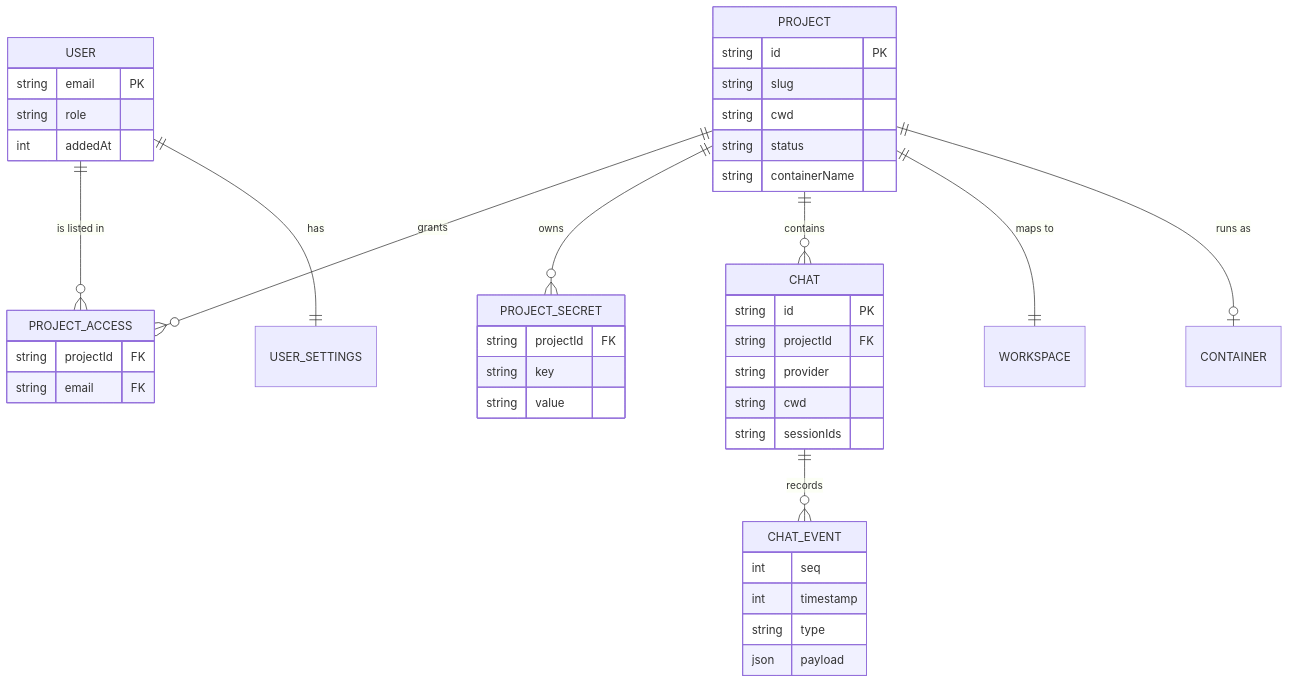
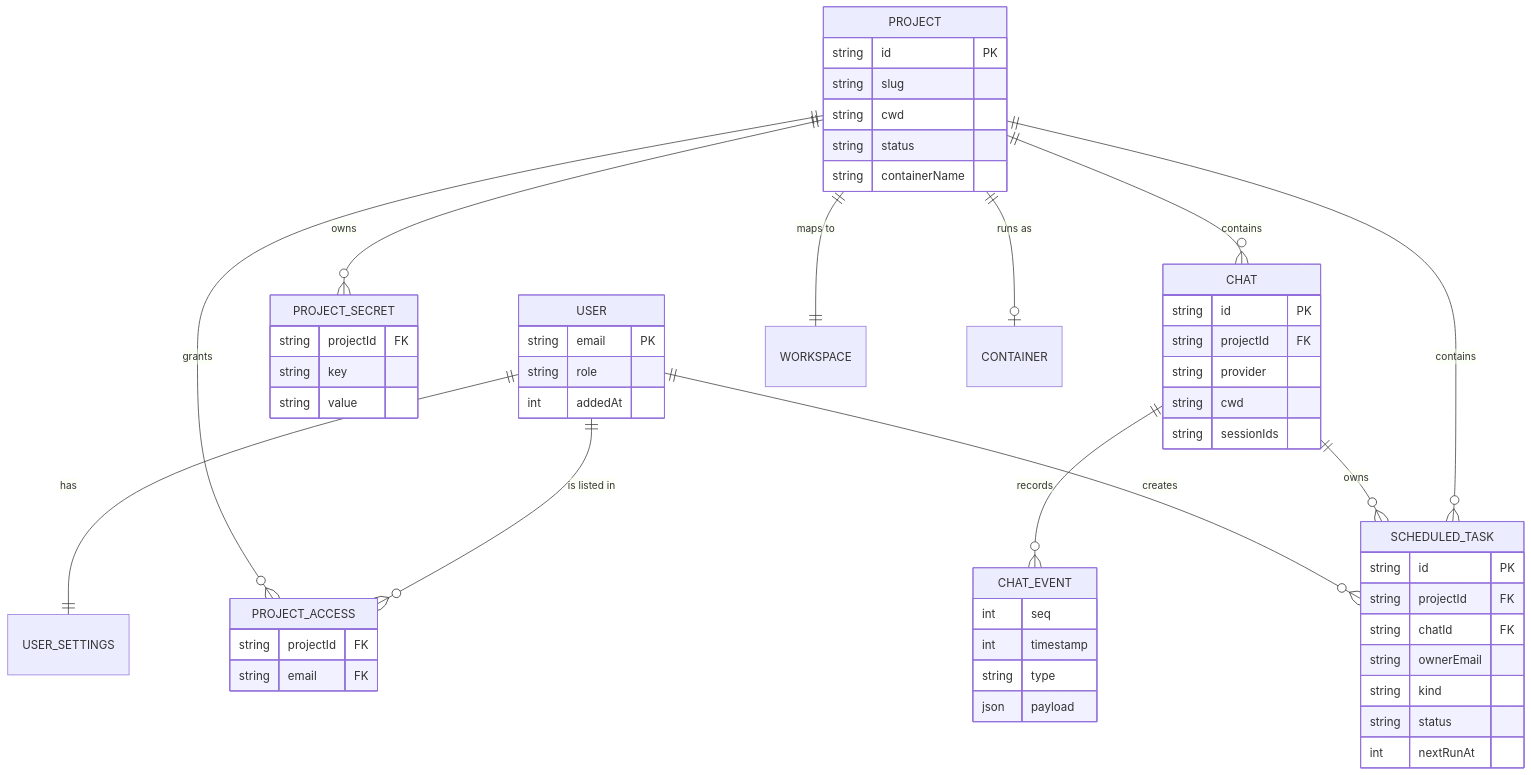
The first of 4 diagrams in docs/03-platform/07-data-and-frontend-state.md (AbdallahMohamedDotnet/remote.futrx), drawn with Mermaid before and after one commit. The commit also changed other lines of this file and 25 other files, not shown here.

````diff
--- a/docs/03-platform/07-data-and-frontend-state.md
+++ b/docs/03-platform/07-data-and-frontend-state.md
@@ -38,46 +42,58 @@
 ```mermaid
 erDiagram
     USER ||--o{ PROJECT_ACCESS : "is listed in"
     PROJECT ||--o{ PROJECT_ACCESS : "grants"
     PROJECT ||--o{ PROJECT_SECRET : "owns"
     PROJECT ||--o{ CHAT : "contains"
     PROJECT ||--|| WORKSPACE : "maps to"
     PROJECT ||--o| CONTAINER : "runs as"
+    PROJECT ||--o{ SCHEDULED_TASK : "contains"
     CHAT ||--o{ CHAT_EVENT : "records"
+    CHAT ||--o{ SCHEDULED_TASK : "owns"
     USER ||--|| USER_SETTINGS : "has"
+    USER ||--o{ SCHEDULED_TASK : "creates"
 
     USER {
         string email PK
         string role
         int addedAt
     }
     PROJECT {
         string id PK
         string slug
         string cwd
         string status
         string containerName
     }
     CHAT {
         string id PK
         string projectId FK
         string provider
         string cwd
         string sessionIds
     }
     CHAT_EVENT {
         int seq
         int timestamp
         string type
         json payload
     }
     PROJECT_ACCESS {
         string projectId FK
         string email FK
     }
     PROJECT_SECRET {
         string projectId FK
         string key
         string value
     }
+    SCHEDULED_TASK {
+        string id PK
+        string projectId FK
+        string chatId FK
+        string ownerEmail
+        string kind
+        string status
+        int nextRunAt
+    }
 ```
````
